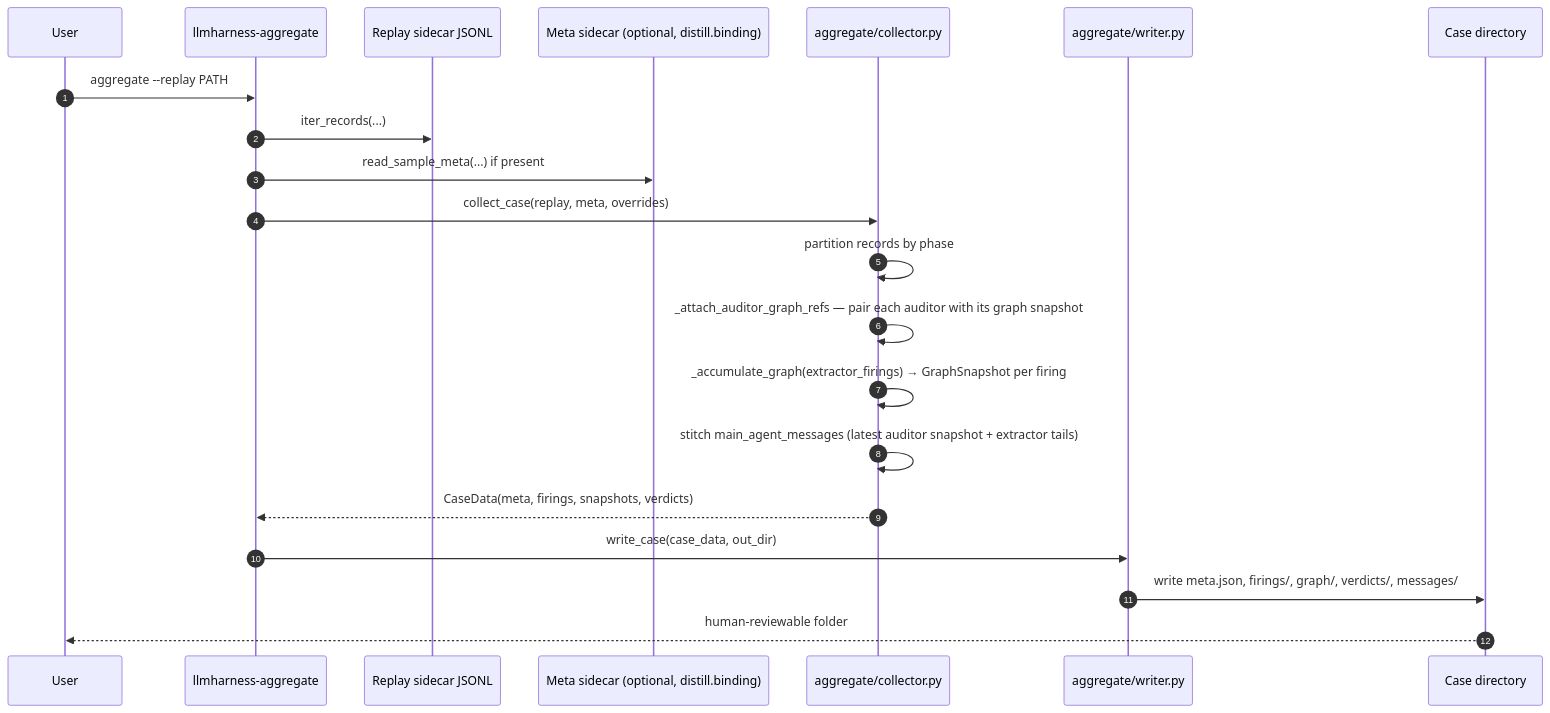
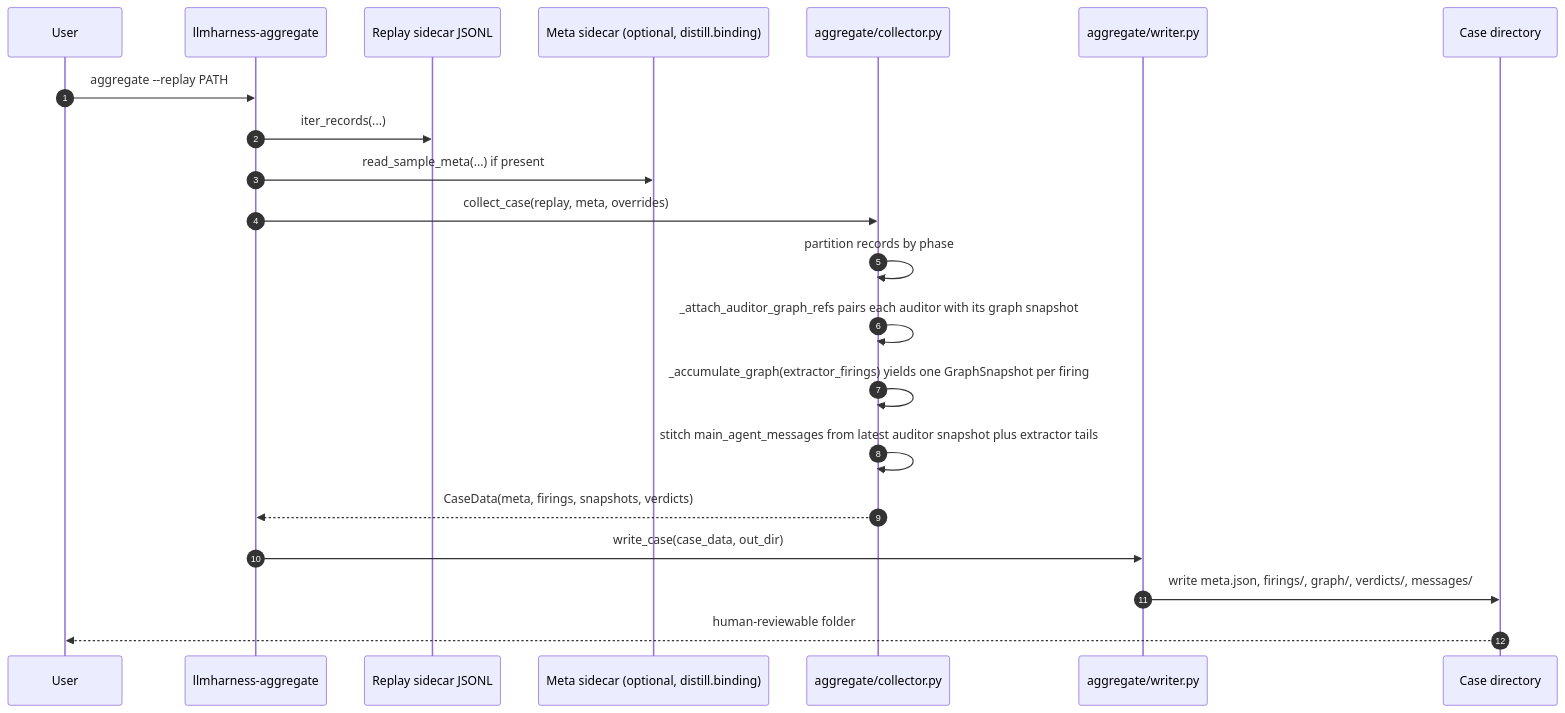
The third of 3 diagrams in contrib/extensions/llmharness/README.md (Lincyaw/AgentM), drawn with Mermaid before and after one commit. The commit also changed other lines of this file, not shown here.

First line of the commit message:
docs(llmharness): replace non-ASCII glyphs in mermaid messages

````diff
--- a/contrib/extensions/llmharness/README.md
+++ b/contrib/extensions/llmharness/README.md
@@ -154,24 +156,24 @@
 ```mermaid
 sequenceDiagram
     autonumber
     participant User
     participant CLI as llmharness-aggregate
     participant Sidecar as Replay sidecar JSONL
     participant Meta as Meta sidecar (optional, distill.binding)
     participant Coll as aggregate/collector.py
     participant Writer as aggregate/writer.py
     participant Case as Case directory
 
     User->>CLI: aggregate --replay PATH
     CLI->>Sidecar: iter_records(...)
     CLI->>Meta: read_sample_meta(...) if present
     CLI->>Coll: collect_case(replay, meta, overrides)
     Coll->>Coll: partition records by phase
-    Coll->>Coll: _attach_auditor_graph_refs — pair each auditor with its graph snapshot
-    Coll->>Coll: _accumulate_graph(extractor_firings) → GraphSnapshot per firing
-    Coll->>Coll: stitch main_agent_messages (latest auditor snapshot + extractor tails)
+    Coll->>Coll: _attach_auditor_graph_refs pairs each auditor with its graph snapshot
+    Coll->>Coll: _accumulate_graph(extractor_firings) yields one GraphSnapshot per firing
+    Coll->>Coll: stitch main_agent_messages from latest auditor snapshot plus extractor tails
     Coll-->>CLI: CaseData(meta, firings, snapshots, verdicts)
     CLI->>Writer: write_case(case_data, out_dir)
     Writer->>Case: write meta.json, firings/, graph/, verdicts/, messages/
     Case-->>User: human-reviewable folder
 ```
````
